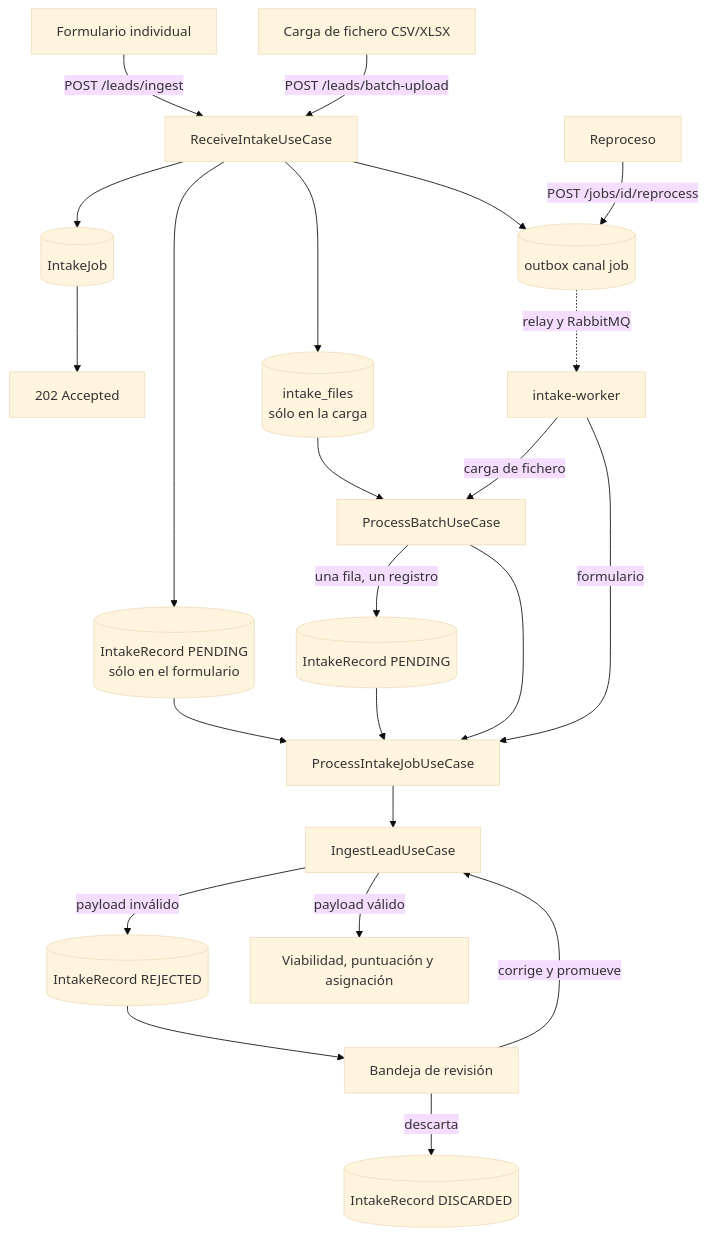
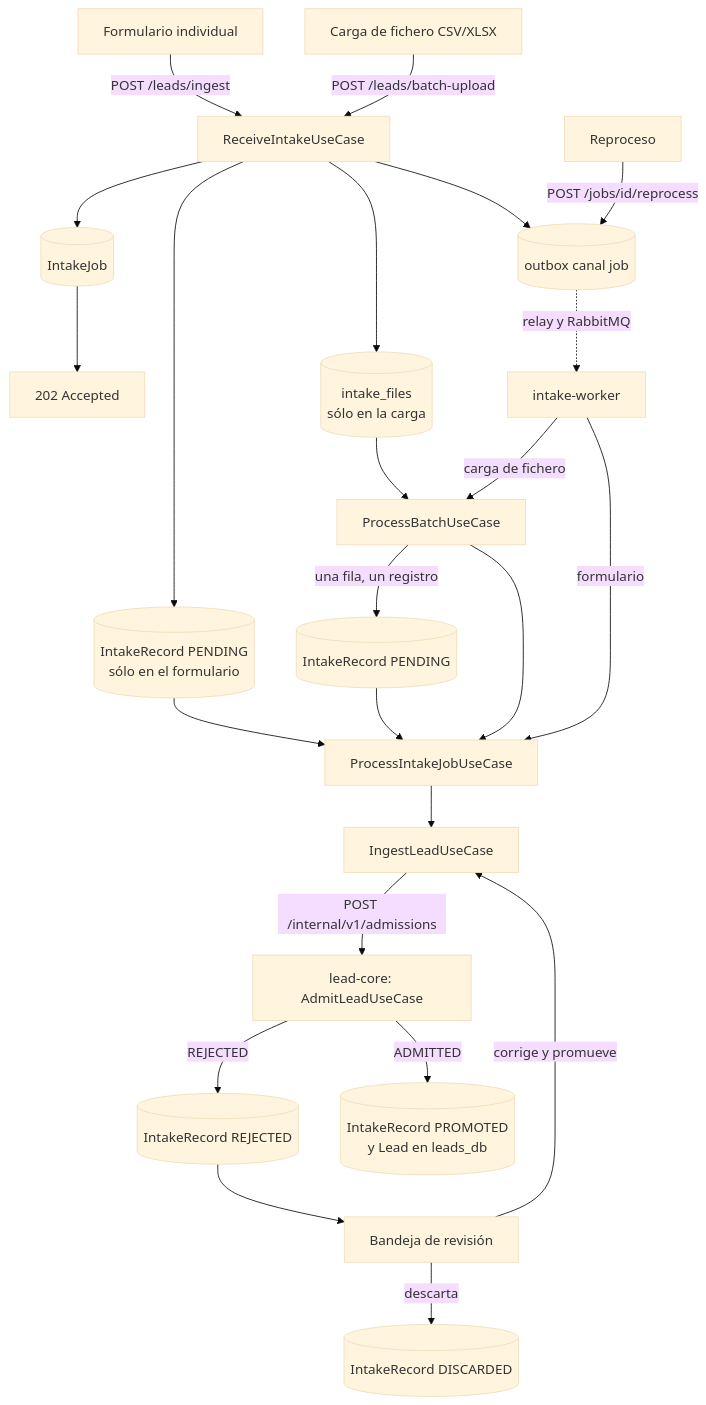
The first of 2 diagrams in docs/content/modulos/ingesta.md (MDCIrony/leads-hexa), drawn with Mermaid (base theme) before and after one commit. The commit also changed other lines of this file and 33 other files, not shown here.

Commit message:
docs(microservices): record the F4 intake extraction

````diff
--- a/docs/content/modulos/ingesta.md
+++ b/docs/content/modulos/ingesta.md
@@ -26,30 +35,31 @@
 ```mermaid
 flowchart TD
     A[Formulario individual] -->|POST /leads/ingest| R[ReceiveIntakeUseCase]
     B[Carga de fichero CSV/XLSX] -->|POST /leads/batch-upload| R
     RP[Reproceso] -->|POST /jobs/id/reprocess| OB
 
     R --> J1[(IntakeJob)]
     R --> REC1[(IntakeRecord PENDING<br/>sólo en el formulario)]
     R --> FI[(intake_files<br/>sólo en la carga)]
     R --> OB[(outbox canal job)]
 
     J1 --> RESP[202 Accepted]
     OB -. relay y RabbitMQ .-> W[intake-worker]
 
     W -->|carga de fichero| PBU[ProcessBatchUseCase]
     FI --> PBU
     PBU -->|una fila, un registro| REC2[(IntakeRecord PENDING)]
     PBU --> PJ[ProcessIntakeJobUseCase]
     W -->|formulario| PJ
     REC1 --> PJ
     REC2 --> PJ
 
     PJ --> IL[IngestLeadUseCase]
-    IL -->|payload inválido| REJ[(IntakeRecord REJECTED)]
-    IL -->|payload válido| LEAD[Viabilidad, puntuación y asignación]
+    IL -->|"POST /internal/v1/admissions"| LC[lead-core: AdmitLeadUseCase]
+    LC -->|REJECTED| REJ[(IntakeRecord REJECTED)]
+    LC -->|ADMITTED| LEAD[(IntakeRecord PROMOTED<br/>y Lead en leads_db)]
 
     REJ --> INBOX[Bandeja de revisión]
     INBOX -->|corrige y promueve| IL
     INBOX -->|descarta| DESC[(IntakeRecord DISCARDED)]
 ```
````
